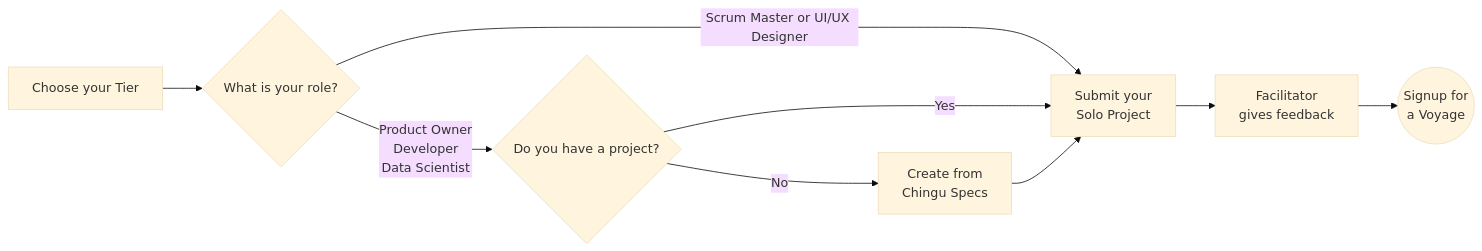
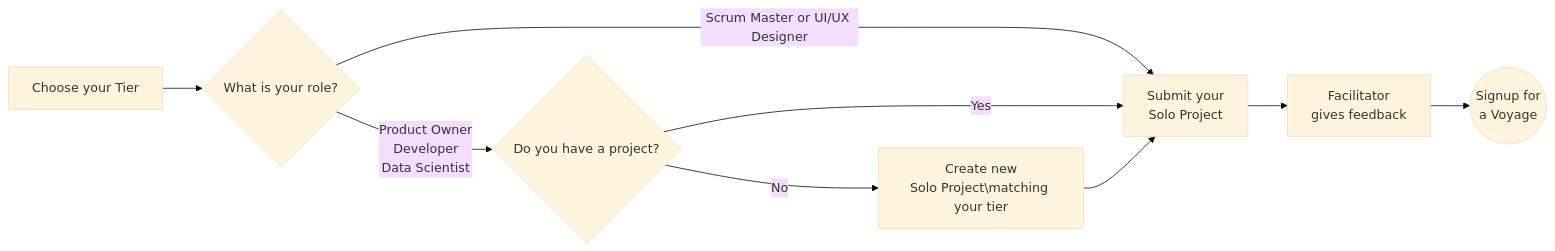
Before and after one commit to chingu-voyages/Handbook: the diagram in docs/guides/soloproject/soloproject.md, drawn with Mermaid (base theme).

Commit message:
Feature: Update Solo Project flow diagram

````diff
--- a/docs/guides/soloproject/soloproject.md
+++ b/docs/guides/soloproject/soloproject.md
@@ -18,11 +18,11 @@
 ```mermaid
 graph LR
     A[Choose your Tier] --> B{What is your role?}
     B -- Scrum Master or UI/UX Designer --> G
     B -- Product Owner\nDeveloper\nData Scientist --> F{Do you have a project?}
     F -- Yes --> G[Submit your\nSolo Project]
-    F -- No --> H[Create from\nChingu Specs]
+    F -- No --> H[Create new\nSolo Project\matching your tier]
     H --> G
     G --> I[Facilitator\ngives feedback]
     I --> J((Signup for\na Voyage))
 ```
````
